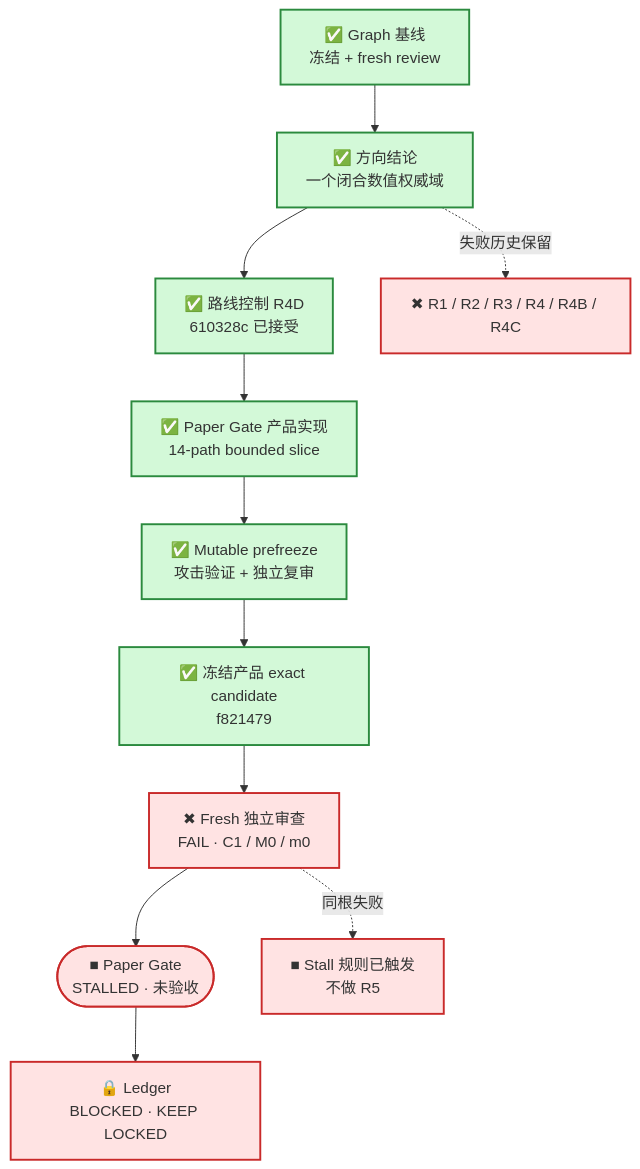
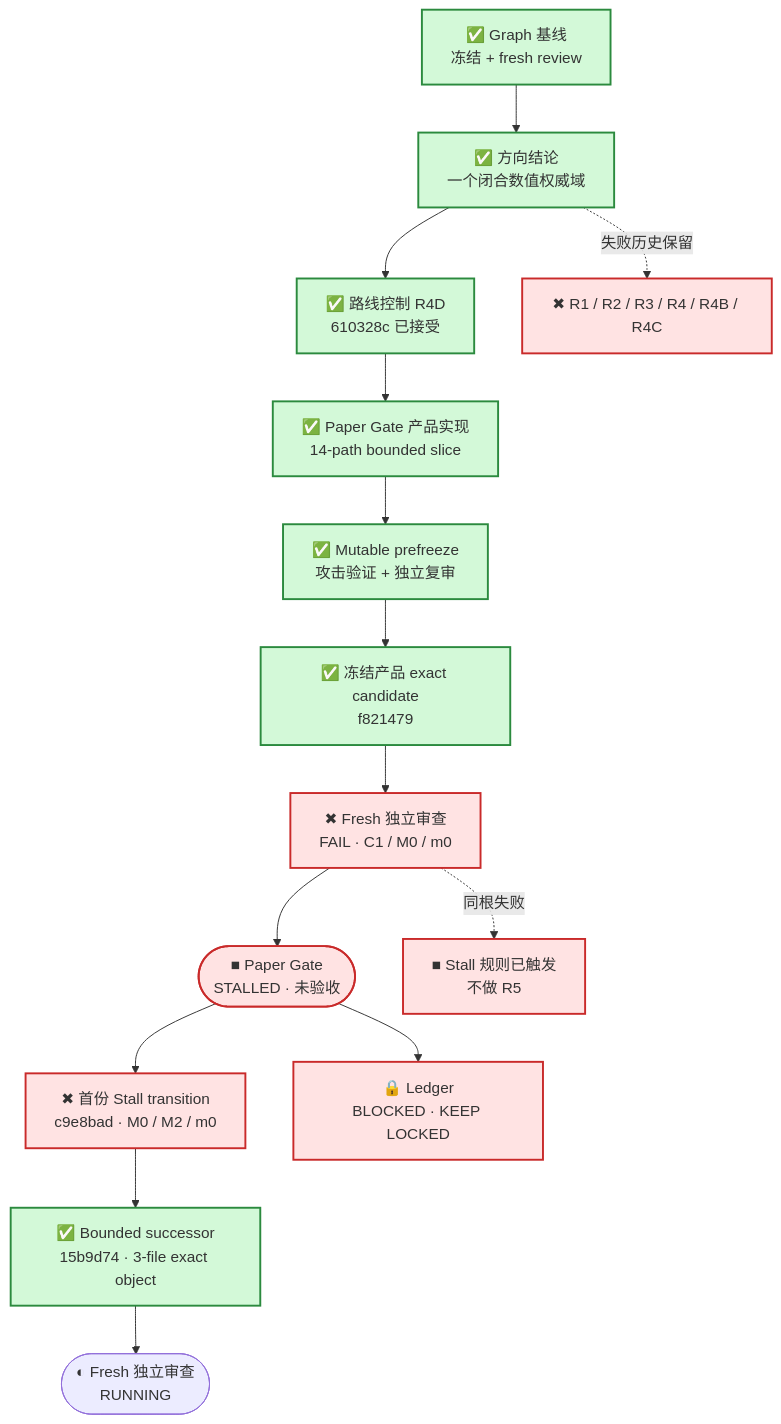
The first of 2 diagrams in MyBrain/automation/reports/investment-discipline-system/CURRENT_PROGRESS.md (j-a-v-e-n/knowledge-vault), drawn with Mermaid before and after one commit. The commit also changed other lines of this file, not shown here.

````diff
--- a/MyBrain/automation/reports/investment-discipline-system/CURRENT_PROGRESS.md
+++ b/MyBrain/automation/reports/investment-discipline-system/CURRENT_PROGRESS.md
@@ -7,19 +7,23 @@
 ```mermaid
 flowchart TB
     G["✅ Graph 基线<br/>冻结 + fresh review"] --> D["✅ 方向结论<br/>一个闭合数值权威域"]
     D --> R["✅ 路线控制 R4D<br/>610328c 已接受"]
     R --> S["✅ Paper Gate 产品实现<br/>14-path bounded slice"]
     S --> P["✅ Mutable prefreeze<br/>攻击验证 + 独立复审"]
     P --> K["✅ 冻结产品 exact candidate<br/>f821479"]
     K --> W["✖ Fresh 独立审查<br/>FAIL · C1 / M0 / m0"]
     W --> A(["■ Paper Gate<br/>STALLED · 未验收"])
+    A --> C9["✖ 首份 Stall transition<br/>c9e8bad · M0 / M2 / m0"]
+    C9 --> N["✅ Bounded successor<br/>15b9d74 · 3-file exact object"]
+    N --> Q(["◐ Fresh 独立审查<br/>RUNNING"])
     A --> L["🔒 Ledger<br/>BLOCKED · KEEP LOCKED"]
 
     D -. "失败历史保留" .-> F["✖ R1 / R2 / R3 / R4 / R4B / R4C"]
     W -. "同根失败" .-> H["■ Stall 规则已触发<br/>不做 R5"]
 
     classDef done fill:#d3f9d8,stroke:#2b8a3e,stroke-width:2px;
     classDef failed fill:#ffe3e3,stroke:#c92a2a,stroke-width:2px;
     class G,D,R,S,P,K done;
-    class W,A,F,H,L failed;
+    class N done;
+    class W,A,C9,F,H,L failed;
 ```
````
